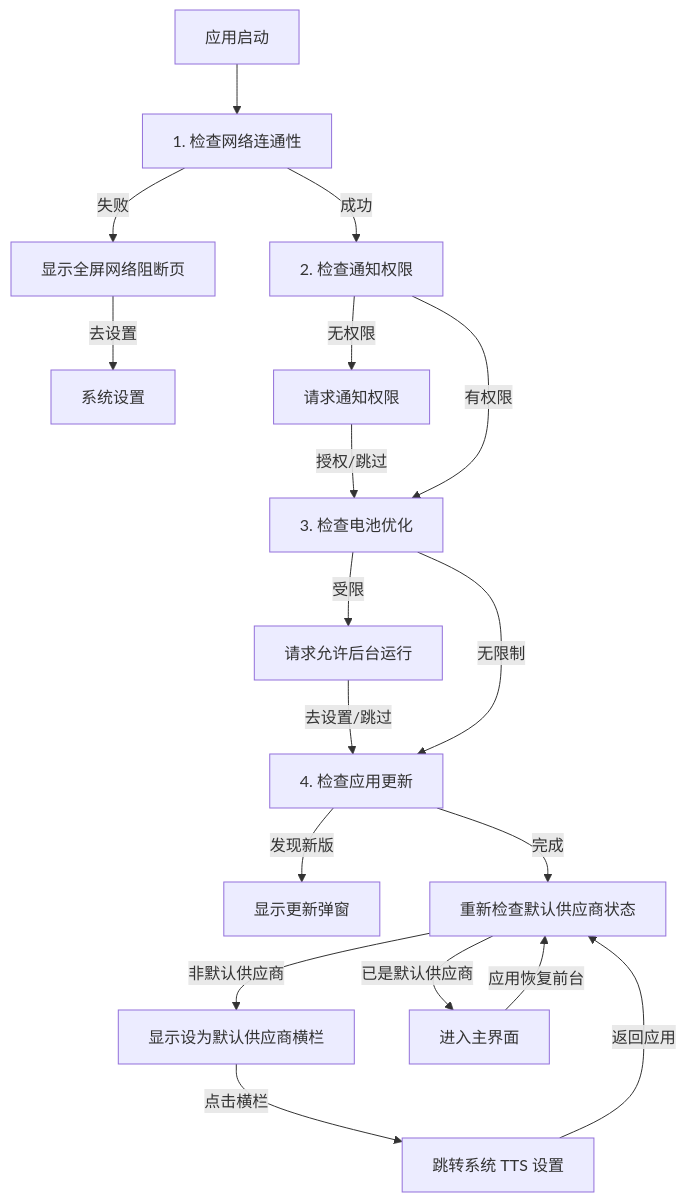
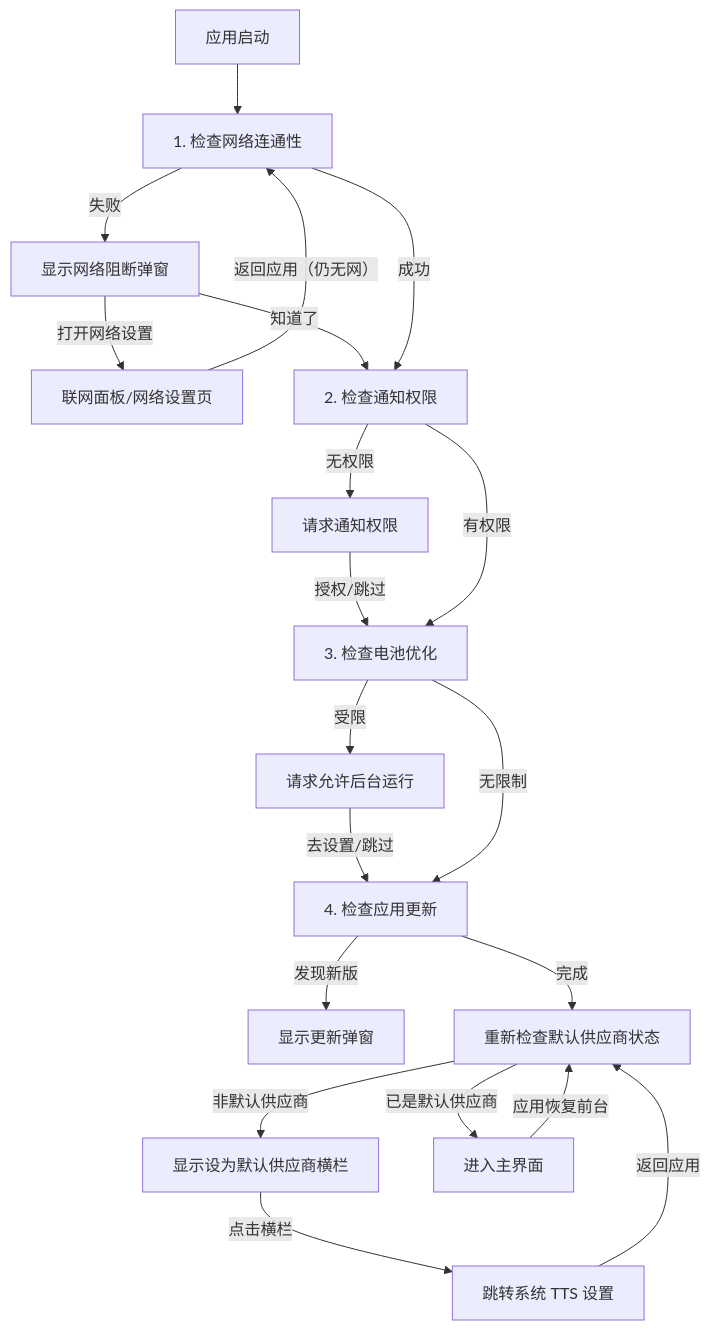
Before and after one commit to LonePheasantWarrior/TalkifyTTS: the diagram in doc/开发指南.md, drawn with Mermaid. The commit also changed other lines of this file and 5 other files, not shown here.

````diff
--- a/doc/开发指南.md
+++ b/doc/开发指南.md
@@ -593,26 +593,28 @@
 ```mermaid
 graph TD
     Start[应用启动] --> Step1[1. 检查网络连通性]
-    Step1 -- 失败 --> DialogNet[显示全屏网络阻断页]
-    DialogNet -- 去设置 --> SysSettings[系统设置]
-    Step1 -- 成功 --> Step2[2. 检查通知权限]
+    Step1 -- 失败 --> DialogNet[显示网络阻断弹窗]
+    DialogNet -- 打开网络设置 --> SysSettings[联网面板/网络设置页]
+    SysSettings -- 返回应用（仍无网） --> Step1
+    DialogNet -- 知道了 --> Step2[2. 检查通知权限]
+    Step1 -- 成功 --> Step2
     
     Step2 -- 无权限 --> DialogNotif[请求通知权限]
     DialogNotif -- 授权/跳过 --> Step3
     Step2 -- 有权限 --> Step3[3. 检查电池优化]
     
     Step3 -- 受限 --> DialogBattery[请求允许后台运行]
     DialogBattery -- 去设置/跳过 --> Step4
     Step3 -- 无限制 --> Step4[4. 检查应用更新]
     
     Step4 -- 发现新版 --> DialogUpdate[显示更新弹窗]
     Step4 -- 完成 --> Step5[5. 检查默认供应商状态]
     
     Step5 -- 非默认供应商 --> BannerDefault[显示设为默认供应商横栏]
     Step5 -- 已是默认供应商 --> MainUI[进入主界面]
     
     BannerDefault -- 点击横栏 --> TtsSettings[跳转系统 TTS 设置]
     TtsSettings -- 返回应用 --> Step5[重新检查默认供应商状态]
     
     MainUI -- 应用恢复前台 --> Step5[重新检查默认供应商状态]
 ```
````
